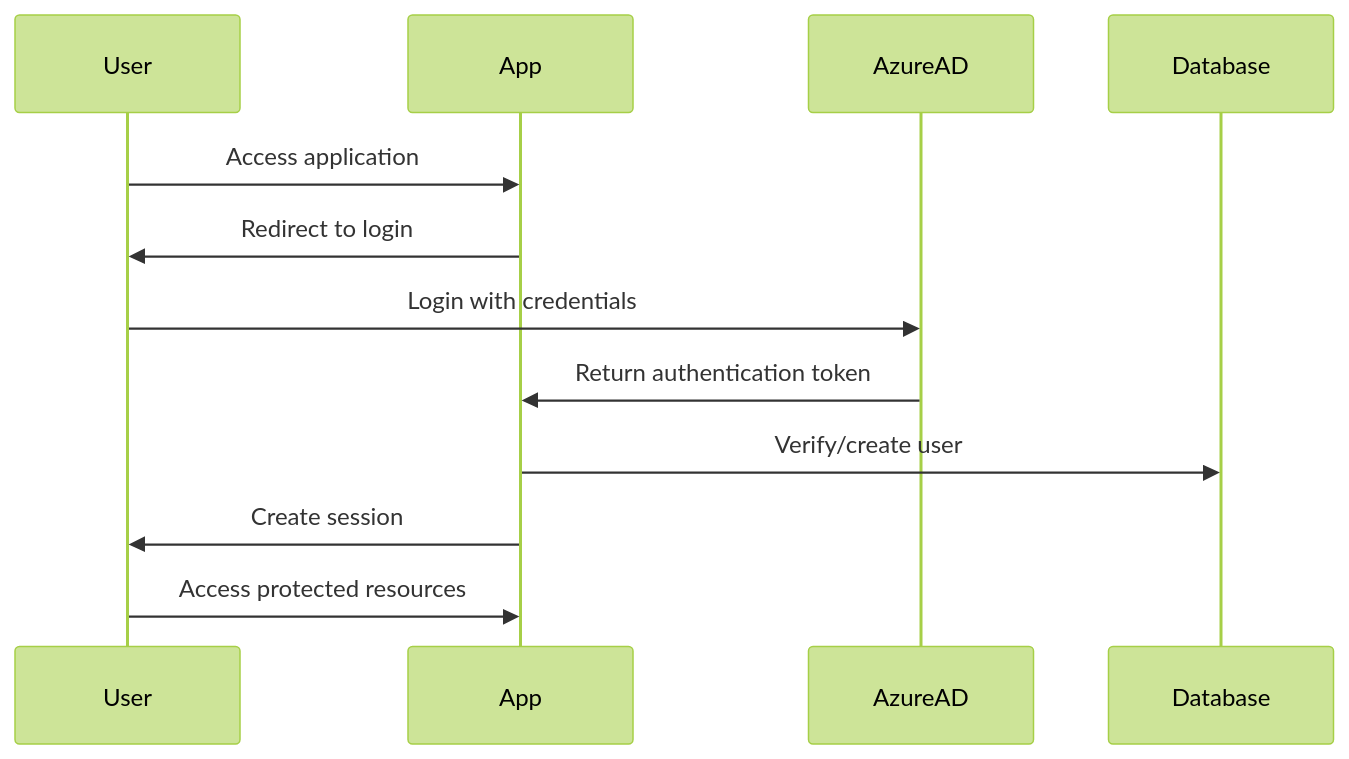
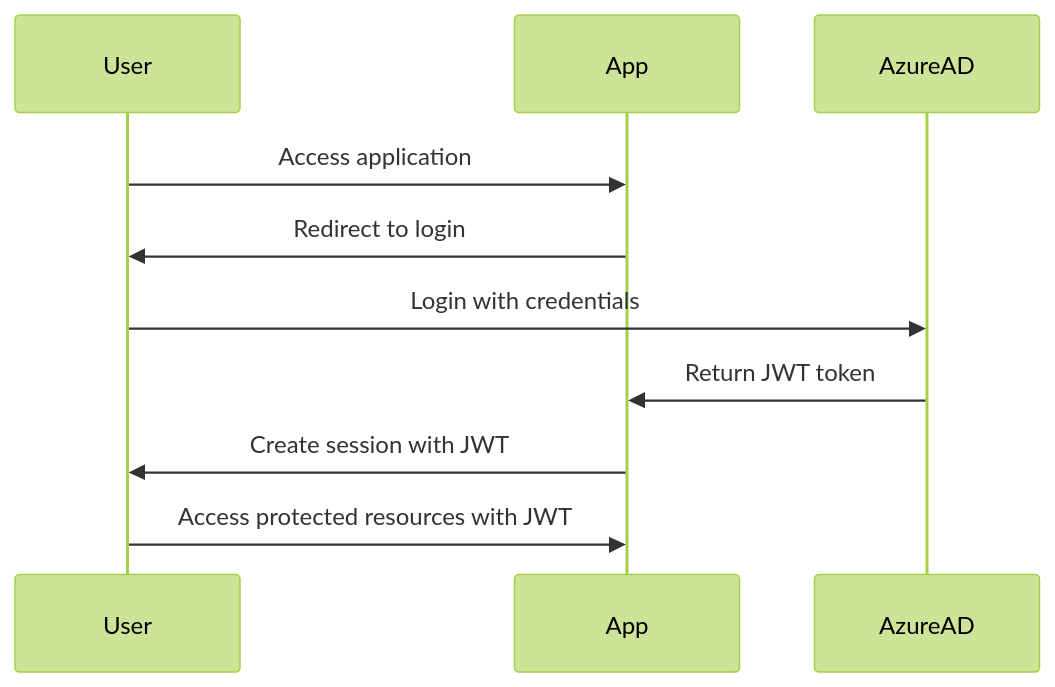
The fourth of 8 diagrams in ARCHITECTURE.md (malinmalliyawadu/CapDevReporter), drawn with Mermaid (forest theme) before and after one commit. The commit also changed other lines of this file, not shown here.

First line of the commit message:
docs: Update ARCHITECTURE.md with detailed authentication flow and security considerations

````diff
--- a/ARCHITECTURE.md
+++ b/ARCHITECTURE.md
@@ -107,15 +107,13 @@
 ```mermaid
 sequenceDiagram
     participant User
     participant App
     participant AzureAD
-    participant Database
 
     User->>App: Access application
     App->>User: Redirect to login
     User->>AzureAD: Login with credentials
-    AzureAD->>App: Return authentication token
-    App->>Database: Verify/create user
-    App->>User: Create session
-    User->>App: Access protected resources
+    AzureAD->>App: Return JWT token
+    App->>User: Create session with JWT
+    User->>App: Access protected resources with JWT
 ```
````
